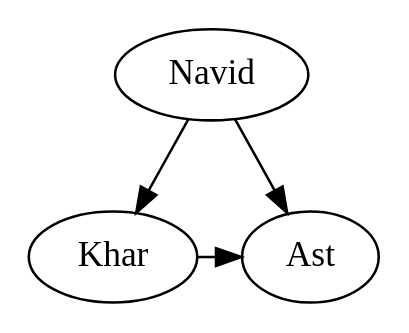
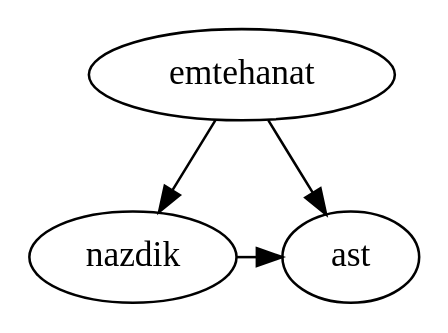
Before and after one commit to alirezahi/InvertedIndexSearch: the diagram in test-output/round-table.gv, drawn with Graphviz. The commit also changed 8 other files, not shown here.

```diff
--- a/test-output/round-table.gv
+++ b/test-output/round-table.gv
@@ -1,9 +1,9 @@
 // The Round Table
 digraph {
-	A [label=Navid]
-	B [label=Khar]
-	L [label=Ast]
+	A [label=emtehanat]
+	B [label=nazdik]
+	L [label=ast]
 		A -> B
 		A -> L
 		B -> L [constraint=false]
 }
```
